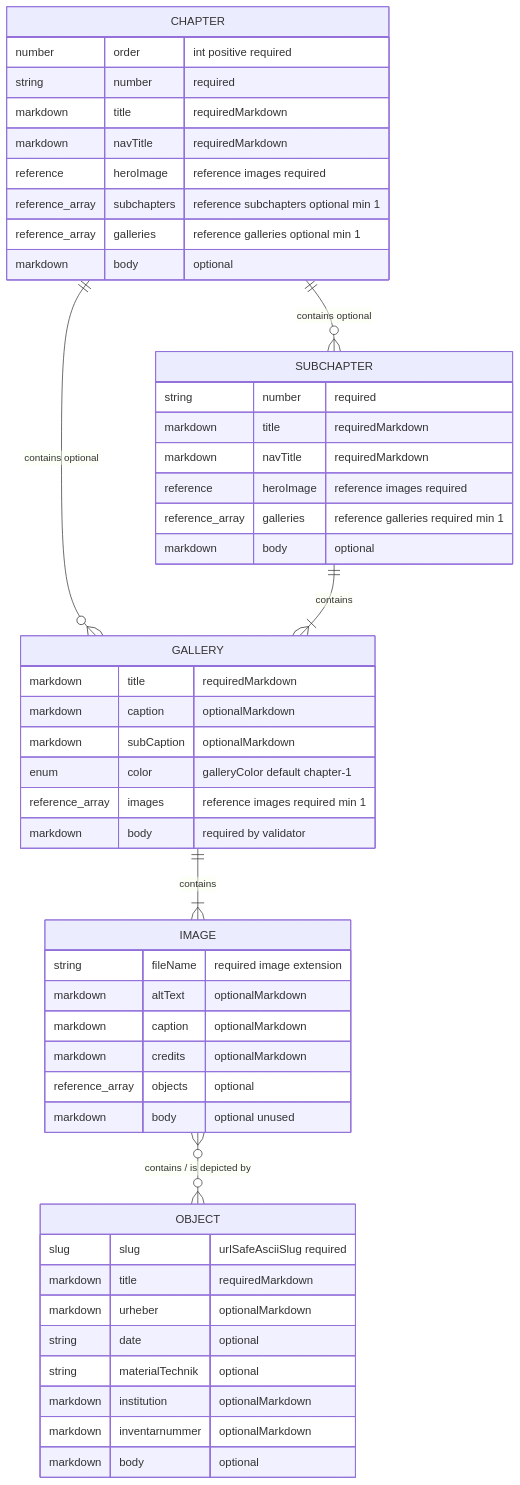
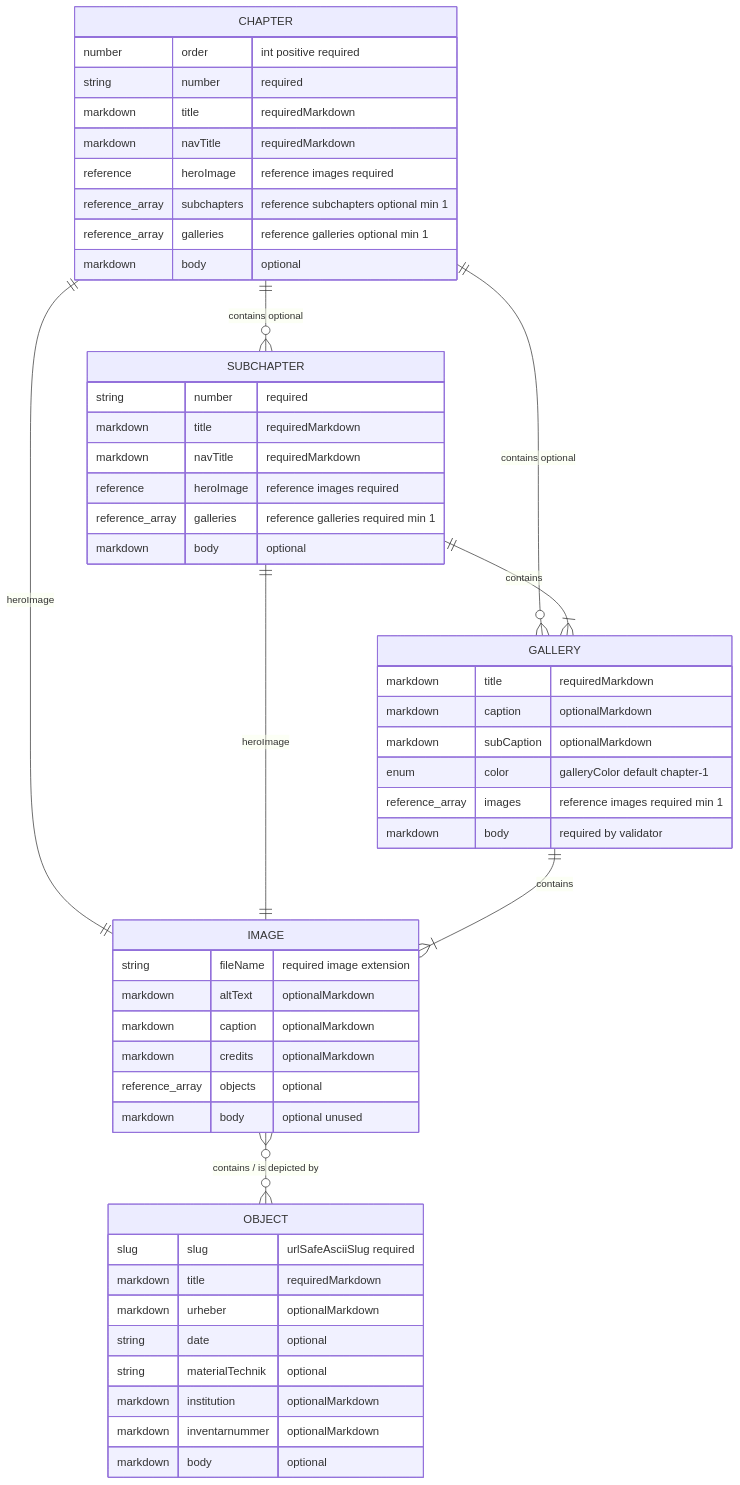
The diagram in docs/content-model.md (Theodor-Springmann-Stiftung/hebel-ausstellung), drawn with Mermaid before and after one commit.

Commit message:
+content-model german

````diff
--- a/docs/content-model.md
+++ b/docs/content-model.md
@@ -260,57 +260,59 @@
 ```mermaid
 erDiagram
   CHAPTER ||--o{ SUBCHAPTER : "contains optional"
   CHAPTER ||--o{ GALLERY : "contains optional"
+  CHAPTER ||--|| IMAGE : "heroImage"
   SUBCHAPTER ||--|{ GALLERY : "contains"
+  SUBCHAPTER ||--|| IMAGE : "heroImage"
   GALLERY ||--|{ IMAGE : "contains"
   IMAGE }o--o{ OBJECT : "contains / is depicted by"
 
   CHAPTER {
     number order "int positive required"
     string number "required"
     markdown title "requiredMarkdown"
     markdown navTitle "requiredMarkdown"
     reference heroImage "reference images required"
     reference_array subchapters "reference subchapters optional min 1"
     reference_array galleries "reference galleries optional min 1"
     markdown body "optional"
   }
 
   SUBCHAPTER {
     string number "required"
     markdown title "requiredMarkdown"
     markdown navTitle "requiredMarkdown"
     reference heroImage "reference images required"
     reference_array galleries "reference galleries required min 1"
     markdown body "optional"
   }
 
   GALLERY {
     markdown title "requiredMarkdown"
     markdown caption "optionalMarkdown"
     markdown subCaption "optionalMarkdown"
     enum color "galleryColor default chapter-1"
     reference_array images "reference images required min 1"
     markdown body "required by validator"
   }
 
   IMAGE {
     string fileName "required image extension"
     markdown altText "optionalMarkdown"
     markdown caption "optionalMarkdown"
     markdown credits "optionalMarkdown"
     reference_array objects "optional"
     markdown body "optional unused"
   }
 
   OBJECT {
     slug slug "urlSafeAsciiSlug required"
     markdown title "requiredMarkdown"
     markdown urheber "optionalMarkdown"
     string date "optional"
     string materialTechnik "optional"
     markdown institution "optionalMarkdown"
     markdown inventarnummer "optionalMarkdown"
     markdown body "optional"
   }
 ```
````
